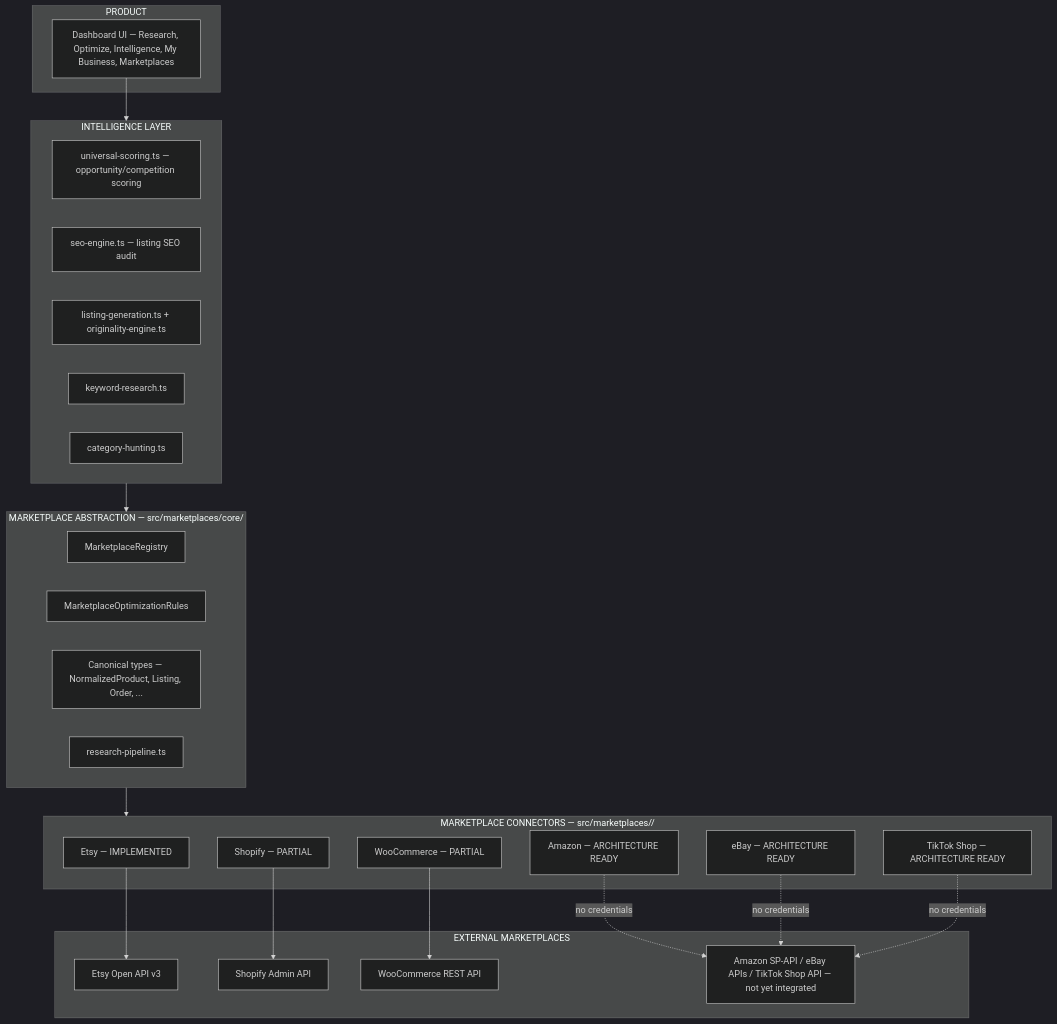
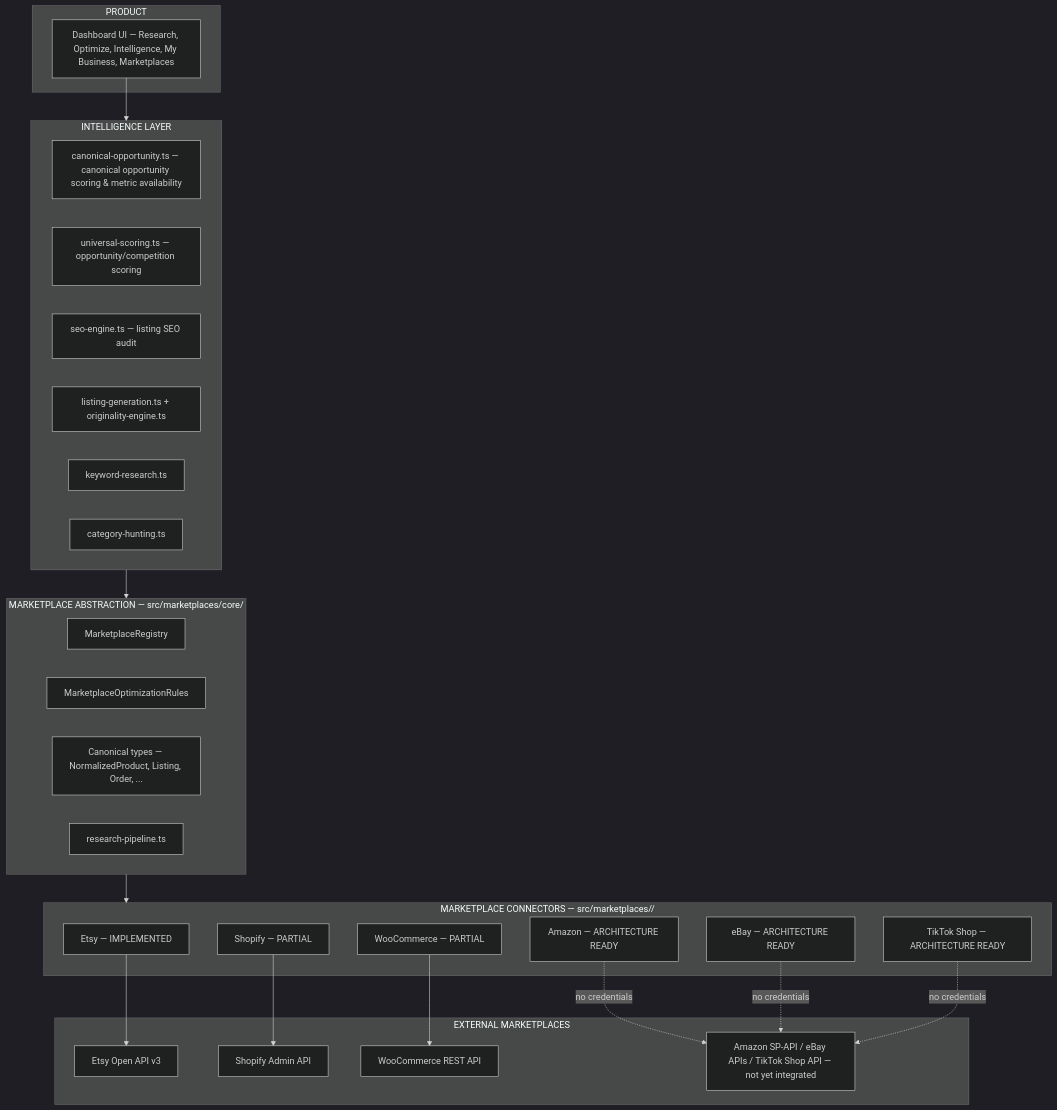
One commit to namistech/sellersalt changed the first of 4 diagrams in docs/SELLERSALT-ARCHITECTURE.md. Above: the diagram before and after it, drawn with Mermaid (dark theme). The commit also changed other lines of this file and 35 other files, not shown here.

````diff
--- a/docs/SELLERSALT-ARCHITECTURE.md
+++ b/docs/SELLERSALT-ARCHITECTURE.md
@@ -13,47 +13,48 @@
 ```mermaid
 flowchart TB
     subgraph Product["PRODUCT"]
         UI["Dashboard UI — Research, Optimize, Intelligence, My Business, Marketplaces"]
     end
 
     subgraph Intel["INTELLIGENCE LAYER"]
+        Canonical["canonical-opportunity.ts — canonical opportunity scoring & metric availability"]
         Universal["universal-scoring.ts — opportunity/competition scoring"]
         SEO["seo-engine.ts — listing SEO audit"]
         AI["listing-generation.ts + originality-engine.ts"]
         Keyword["keyword-research.ts"]
         Category["category-hunting.ts"]
     end
 
     subgraph Abstraction["MARKETPLACE ABSTRACTION — src/marketplaces/core/"]
         Registry["MarketplaceRegistry"]
         Rules["MarketplaceOptimizationRules"]
         Normalized["Canonical types — NormalizedProduct, Listing, Order, ..."]
         Pipeline["research-pipeline.ts"]
     end
 
     subgraph Connectors["MARKETPLACE CONNECTORS — src/marketplaces/<id>/"]
         Etsy["Etsy — IMPLEMENTED"]
         Shopify["Shopify — PARTIAL"]
         Woo["WooCommerce — PARTIAL"]
         Amazon["Amazon — ARCHITECTURE READY"]
         Ebay["eBay — ARCHITECTURE READY"]
         Tiktok["TikTok Shop — ARCHITECTURE READY"]
     end
 
     subgraph External["EXTERNAL MARKETPLACES"]
         EtsyAPI["Etsy Open API v3"]
         ShopifyAPI["Shopify Admin API"]
         WooAPI["WooCommerce REST API"]
         FutureAPIs["Amazon SP-API / eBay APIs / TikTok Shop API — not yet integrated"]
     end
 
     UI --> Intel
     Intel --> Abstraction
     Abstraction --> Connectors
     Etsy --> EtsyAPI
     Shopify --> ShopifyAPI
     Woo --> WooAPI
     Amazon -.->|no credentials| FutureAPIs
     Ebay -.->|no credentials| FutureAPIs
     Tiktok -.->|no credentials| FutureAPIs
 ```
````
